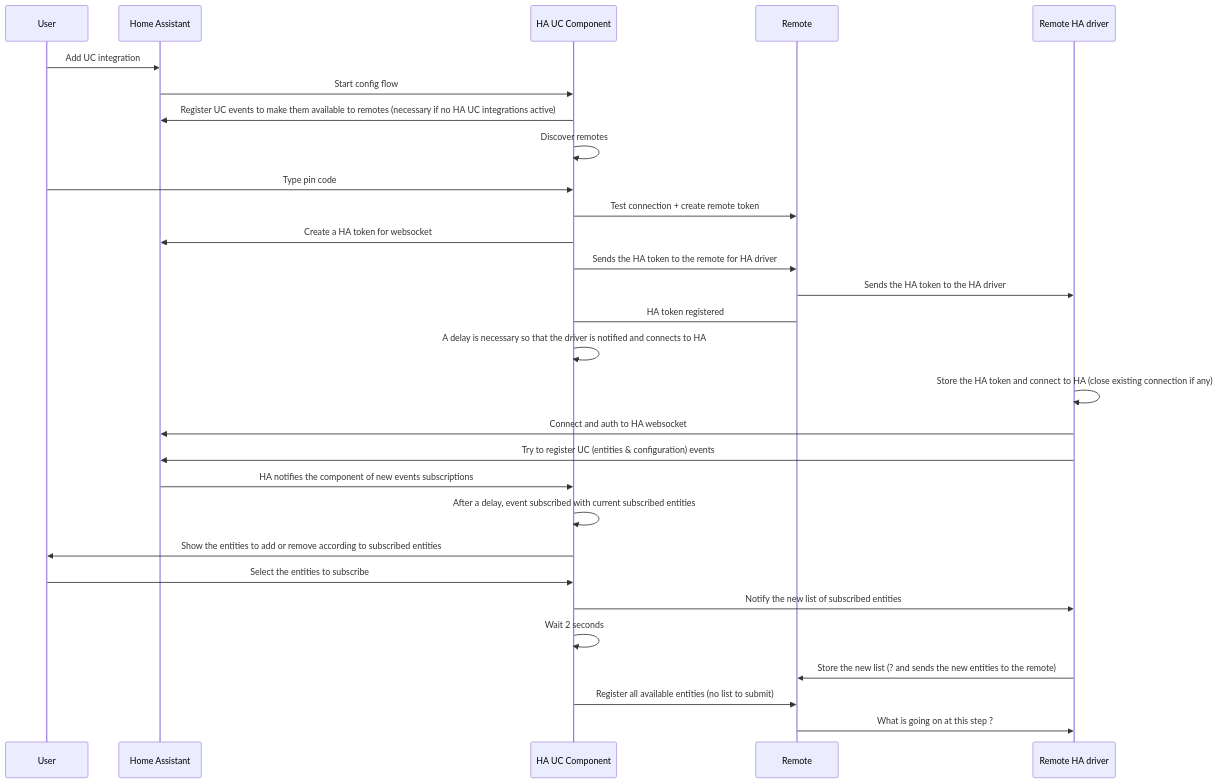
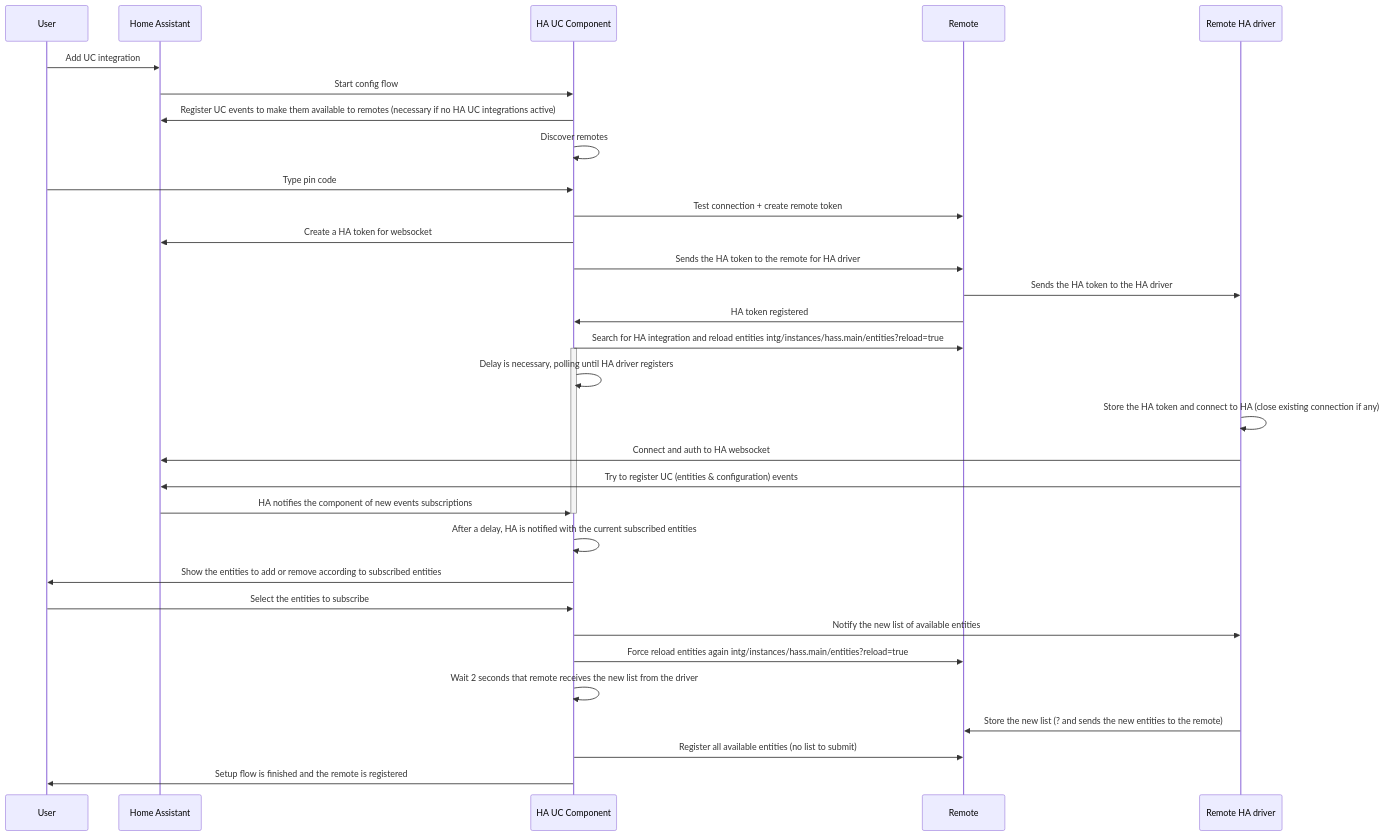
The diagram in INTEGRATION.md (JackJPowell/hass-unfoldedcircle), drawn with Mermaid before and after one commit.

````diff
--- a/INTEGRATION.md
+++ b/INTEGRATION.md
@@ -1,31 +1,35 @@
 ```mermaid
 sequenceDiagram
     participant User
     participant Home Assistant
     participant HA UC Component
     participant Remote
     participant Remote HA driver
     User->>Home Assistant:Add UC integration
     Home Assistant->>HA UC Component:Start config flow
     HA UC Component->>Home Assistant:Register UC events to make them available to remotes (necessary if no HA UC integrations active)
     HA UC Component->>HA UC Component:Discover remotes
     User->>HA UC Component:Type pin code
     HA UC Component->>Remote:Test connection + create remote token
     HA UC Component->>Home Assistant:Create a HA token for websocket
     HA UC Component->>Remote:Sends the HA token to the remote for HA driver
     Remote->>Remote HA driver:Sends the HA token to the HA driver
-    Remote->HA UC Component:HA token registered
-    HA UC Component->>HA UC Component:A delay is necessary so that the driver is notified and connects to HA
+    Remote->>HA UC Component:HA token registered
+    HA UC Component->>Remote: Search for HA integration and reload entities intg/instances/hass.main/entities?reload=true
+    activate HA UC Component
+    HA UC Component->>HA UC Component:Delay is necessary, polling until HA driver registers
     Remote HA driver->>Remote HA driver:Store the HA token and connect to HA (close existing connection if any)
     Remote HA driver->>Home Assistant:Connect and auth to HA websocket
     Remote HA driver->>Home Assistant:Try to register UC (entities & configuration) events
     Home Assistant->>HA UC Component:HA notifies the component of new events subscriptions
-    HA UC Component->>HA UC Component:After a delay, event subscribed with current subscribed entities 
+    deactivate HA UC Component
+    HA UC Component->>HA UC Component:After a delay, HA is notified with the current subscribed entities 
     HA UC Component->>User:Show the entities to add or remove according to subscribed entities
     User->>HA UC Component:Select the entities to subscribe
-    HA UC Component->>Remote HA driver:Notify the new list of subscribed entities
-    HA UC Component->>HA UC Component:Wait 2 seconds
+    HA UC Component->>Remote HA driver:Notify the new list of available entities
+    HA UC Component->>Remote: Force reload entities again intg/instances/hass.main/entities?reload=true
+    HA UC Component->>HA UC Component:Wait 2 seconds that remote receives the new list from the driver
     Remote HA driver->>Remote:Store the new list (? and sends the new entities to the remote)
     HA UC Component->>Remote:Register all available entities (no list to submit)
-    Remote->>Remote HA driver:What is going on at this step ?
+    HA UC Component->>User: Setup flow is finished and the remote is registered
 ```
````
